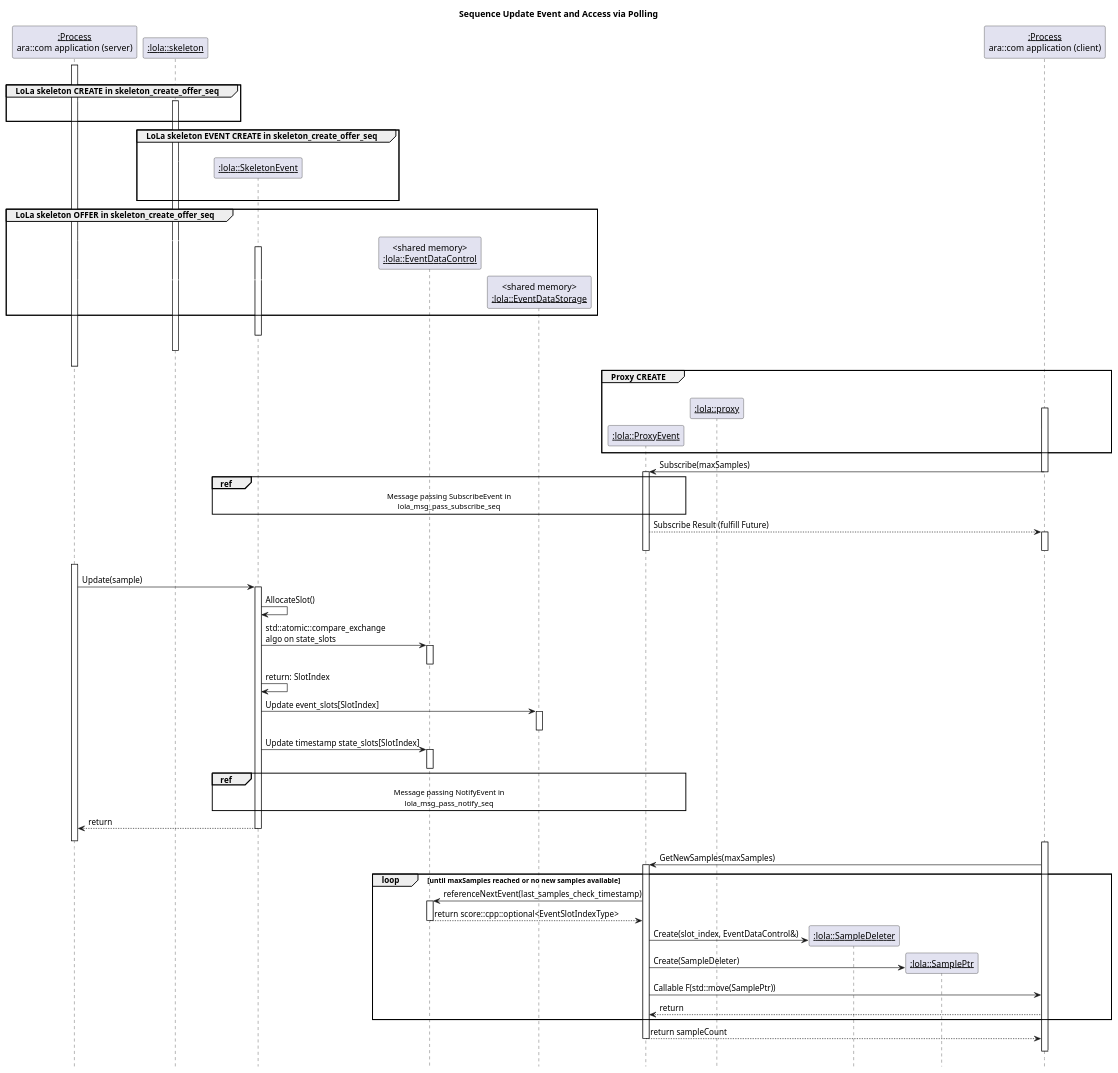
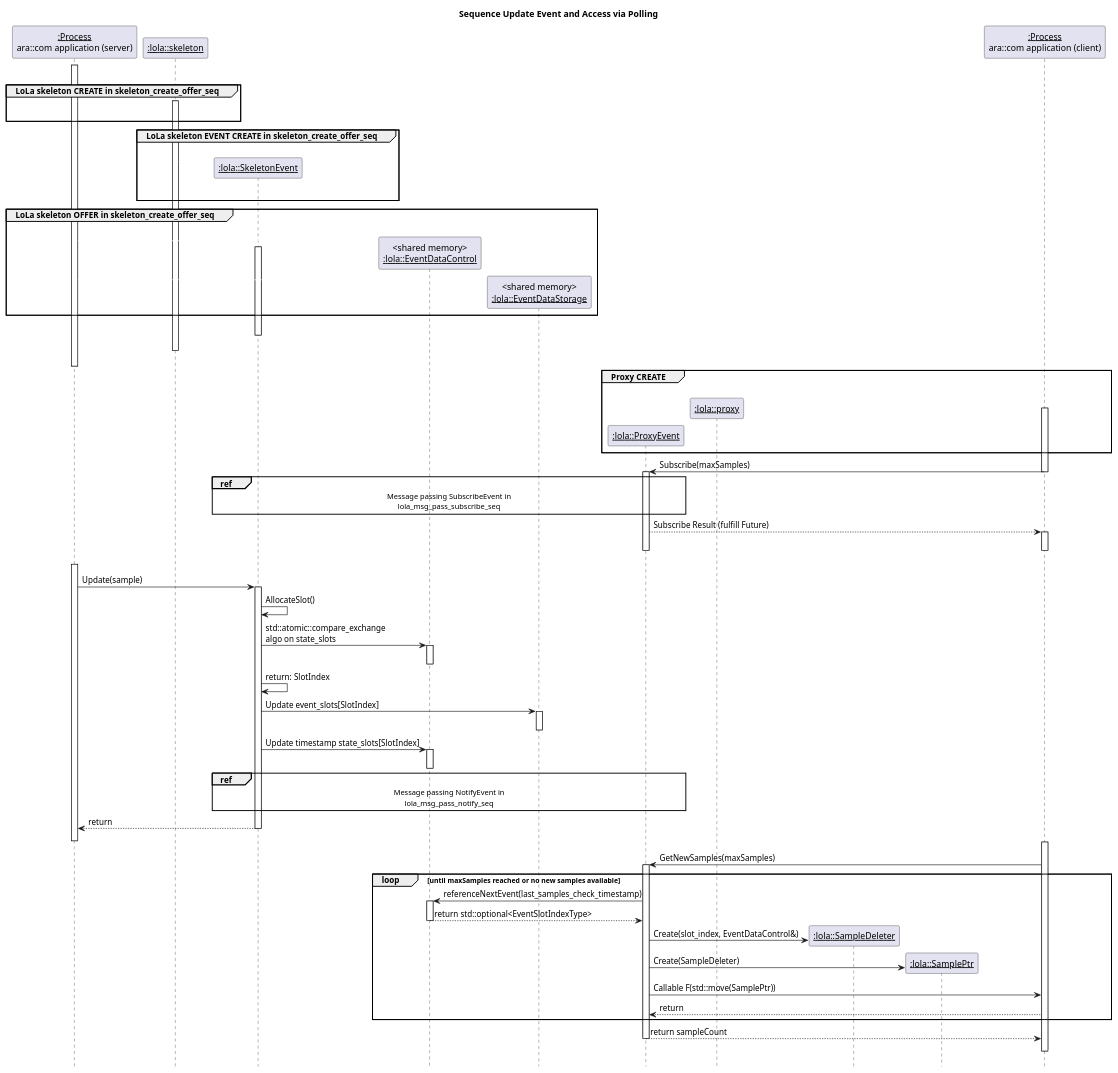
The diagram in score/mw/com/design/events_fields/event_poll_lola_seq.puml (eclipse-score/communication), drawn with PlantUML before and after one commit. The commit also changed 12 other files, not shown here.

First line of the commit message:
mw/com: fix puml files after replacing score::cpp::optional with std::optional

```diff
--- a/score/mw/com/design/events_fields/event_poll_lola_seq.puml
+++ b/score/mw/com/design/events_fields/event_poll_lola_seq.puml
@@ -1,105 +1,105 @@
 @startuml event_poll_lola_seq
 title "Sequence Update Event and Access via Polling"
 hide footbox
 
 participant "<u>:Process</u>\nara::com application (server)" as Process1
 participant "<u>:lola::skeleton</u>" as skeleton
 participant "<u>:lola::SkeletonEvent</u>" as SkeletonEvent
 participant "<shared memory>\n<u>:lola::EventDataControl</u>" as EventDataControl
 participant "<shared memory>\n<u>:lola::EventDataStorage</u>" as EventDataStorage
 participant "<u>:lola::ProxyEvent</u>" as ProxyEvent
 participant "<u>:lola::proxy</u>" as proxy
 participant "<u>:lola::SampleDeleter</u>" as SampleDeleter
 participant "<u>:lola::SamplePtr</u>" as SamplePtr
 participant "<u>:Process</u>\nara::com application (client)" as Process2
 
 activate Process1
 |||
 group LoLa skeleton CREATE in skeleton_create_offer_seq
     Process1 -[#white]> skeleton
     activate skeleton
     |||
 end
 
 group LoLa skeleton EVENT CREATE in skeleton_create_offer_seq
     |||
     create SkeletonEvent
     skeleton -[#white]> SkeletonEvent
     |||
 end
 
 group LoLa skeleton OFFER in skeleton_create_offer_seq
     |||
     create EventDataControl
     Process1 -[#white]> EventDataControl
     activate SkeletonEvent
     create EventDataStorage
     Process1 -[#white]> EventDataStorage
 end
 |||
 deactivate SkeletonEvent
 |||
 deactivate skeleton
 |||
 deactivate Process1
 
 group Proxy CREATE
     |||
     create proxy
     Process2 -[#white]> proxy
     activate Process2
     create ProxyEvent
     Process2 -[#white]> ProxyEvent
 end
 
 Process2 -> ProxyEvent: Subscribe(maxSamples)
 deactivate Process2
 activate ProxyEvent
 ref over SkeletonEvent, ProxyEvent: Message passing SubscribeEvent in\nlola_msg_pass_subscribe_seq
 ProxyEvent --> Process2: Subscribe Result (fulfill Future)
 activate Process2
 deactivate ProxyEvent
 deactivate Process2
 
 Process1 -[#white]> Process1
 activate Process1
 Process1 -> SkeletonEvent: Update(sample)
 activate SkeletonEvent
 SkeletonEvent -> SkeletonEvent: AllocateSlot()
 SkeletonEvent -> EventDataControl: std::atomic::compare_exchange\nalgo on state_slots
 activate EventDataControl
 deactivate EventDataControl
 SkeletonEvent -> SkeletonEvent: return: SlotIndex
 SkeletonEvent -> EventDataStorage: Update event_slots[SlotIndex]
 activate EventDataStorage
 deactivate EventDataStorage
 SkeletonEvent -> EventDataControl: Update timestamp state_slots[SlotIndex]
 activate EventDataControl
 deactivate EventDataControl
 ref over SkeletonEvent, ProxyEvent: Message passing NotifyEvent in\nlola_msg_pass_notify_seq
 Process1 <-- SkeletonEvent: return
 deactivate SkeletonEvent
 Process1 -[#white]> Process1
 deactivate Process1
 
 activate Process2
 Process2 -> ProxyEvent: GetNewSamples(maxSamples)
 activate ProxyEvent
 loop until maxSamples reached or no new samples available
   ProxyEvent -> EventDataControl: referenceNextEvent(last_samples_check_timestamp)
   activate EventDataControl
-  ProxyEvent <-- EventDataControl: return score::cpp::optional<EventSlotIndexType>
+  ProxyEvent <-- EventDataControl: return std::optional<EventSlotIndexType>
   deactivate EventDataControl
   create SampleDeleter
   ProxyEvent -> SampleDeleter: Create(slot_index, EventDataControl&)
   create SamplePtr
   ProxyEvent -> SamplePtr: Create(SampleDeleter)
   Process2 <- ProxyEvent: Callable F(std::move(SamplePtr))
   Process2 --> ProxyEvent: return
 end
 Process2 <-- ProxyEvent: return sampleCount
 deactivate ProxyEvent
 Process2 -[#white]> Process2
 deactivate Process2
 
 @enduml
```
